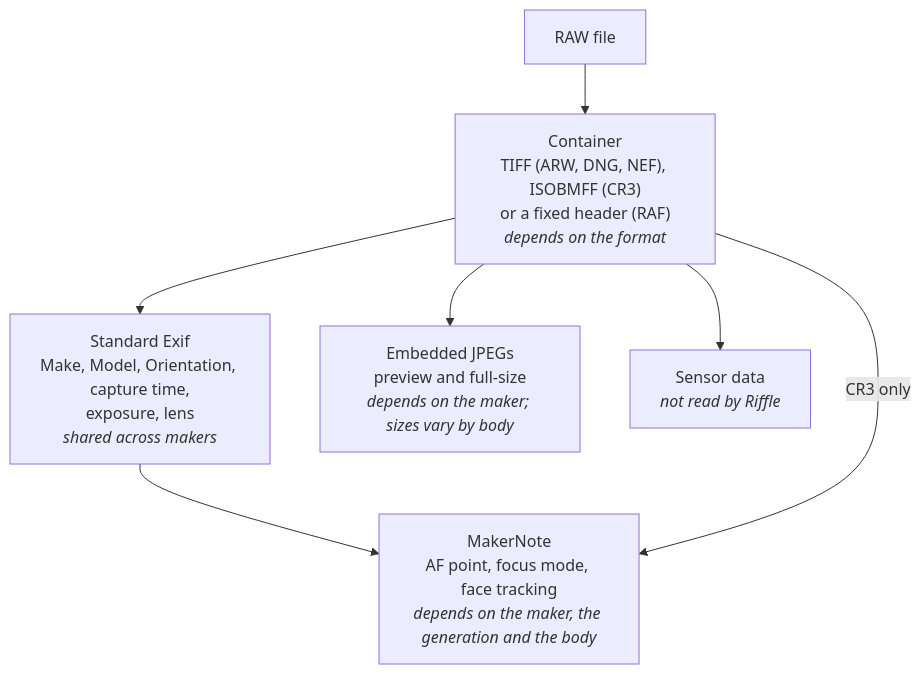
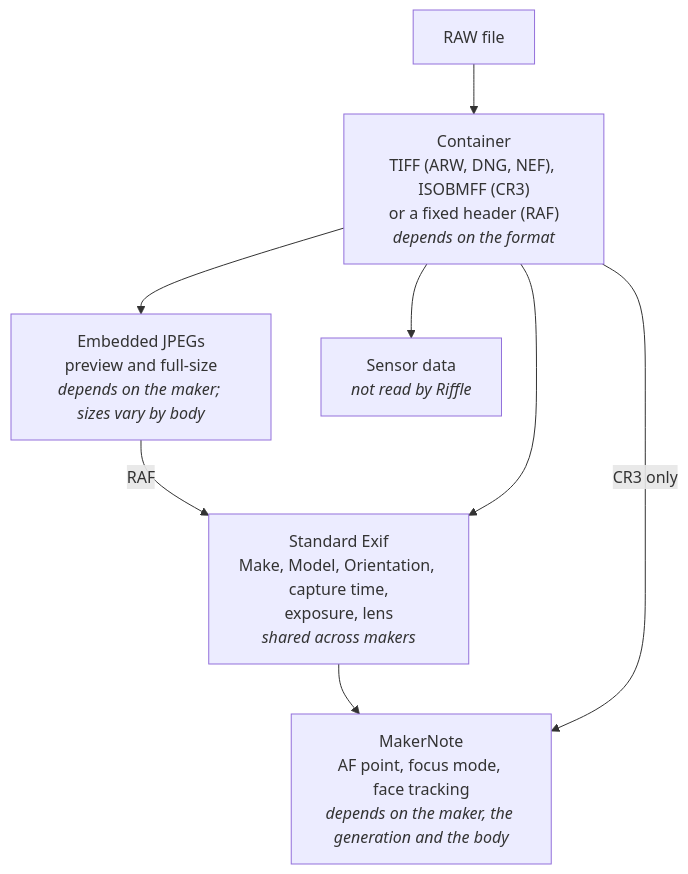
One commit to minodisk/riffle changed the first of 2 diagrams in docs/raw-formats.md. Above: the diagram before and after it, drawn with Mermaid. The commit also changed 4 other files, not shown here.

````diff
--- a/docs/raw-formats.md
+++ b/docs/raw-formats.md
@@ -15,15 +15,16 @@
 ```mermaid
 flowchart TB
     file["RAW file"]
     container["Container<br/>TIFF (ARW, DNG, NEF), ISOBMFF (CR3)<br/>or a fixed header (RAF)<br/><i>depends on the format</i>"]
     exif["Standard Exif<br/>Make, Model, Orientation, capture time,<br/>exposure, lens<br/><i>shared across makers</i>"]
     jpegs["Embedded JPEGs<br/>preview and full-size<br/><i>depends on the maker; sizes vary by body</i>"]
     note["MakerNote<br/>AF point, focus mode, face tracking<br/><i>depends on the maker, the generation and the body</i>"]
     sensor["Sensor data<br/><i>not read by Riffle</i>"]
     file --> container
+    jpegs -->|RAF| exif
     container --> exif
     container --> jpegs
     container --> sensor
     exif --> note
     container -->|CR3 only| note
 ```
````
